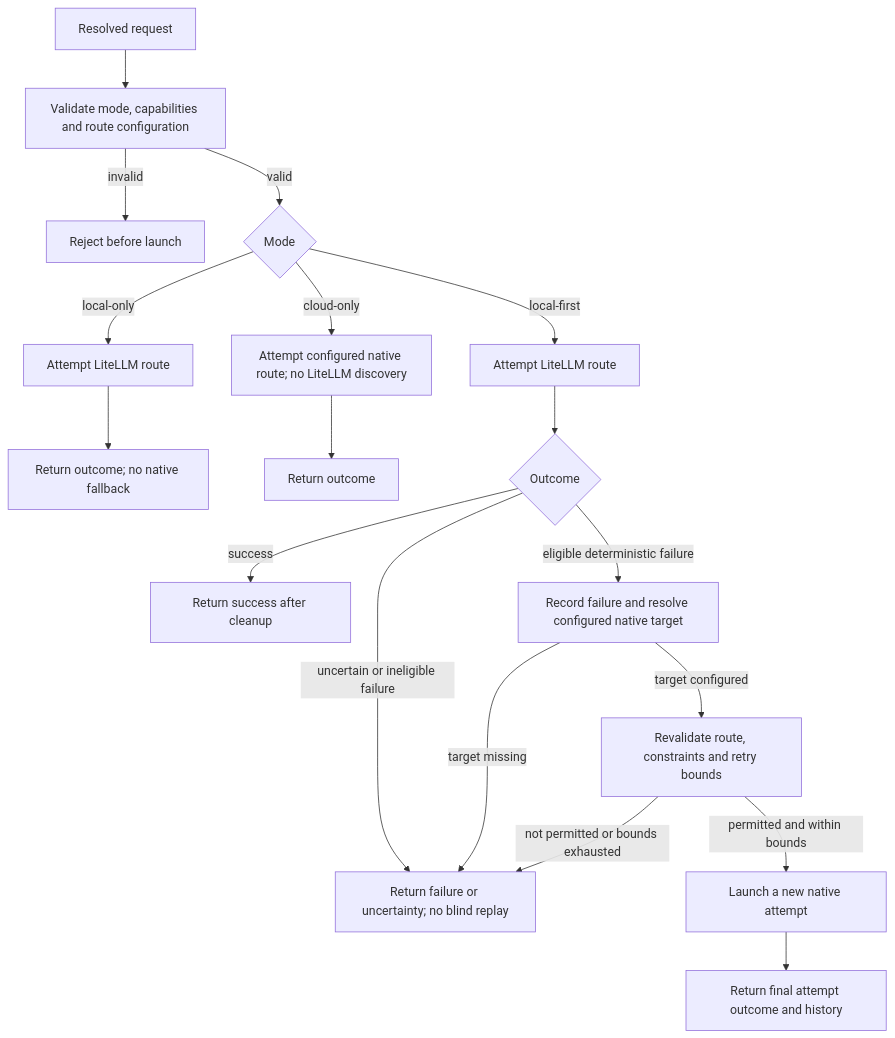
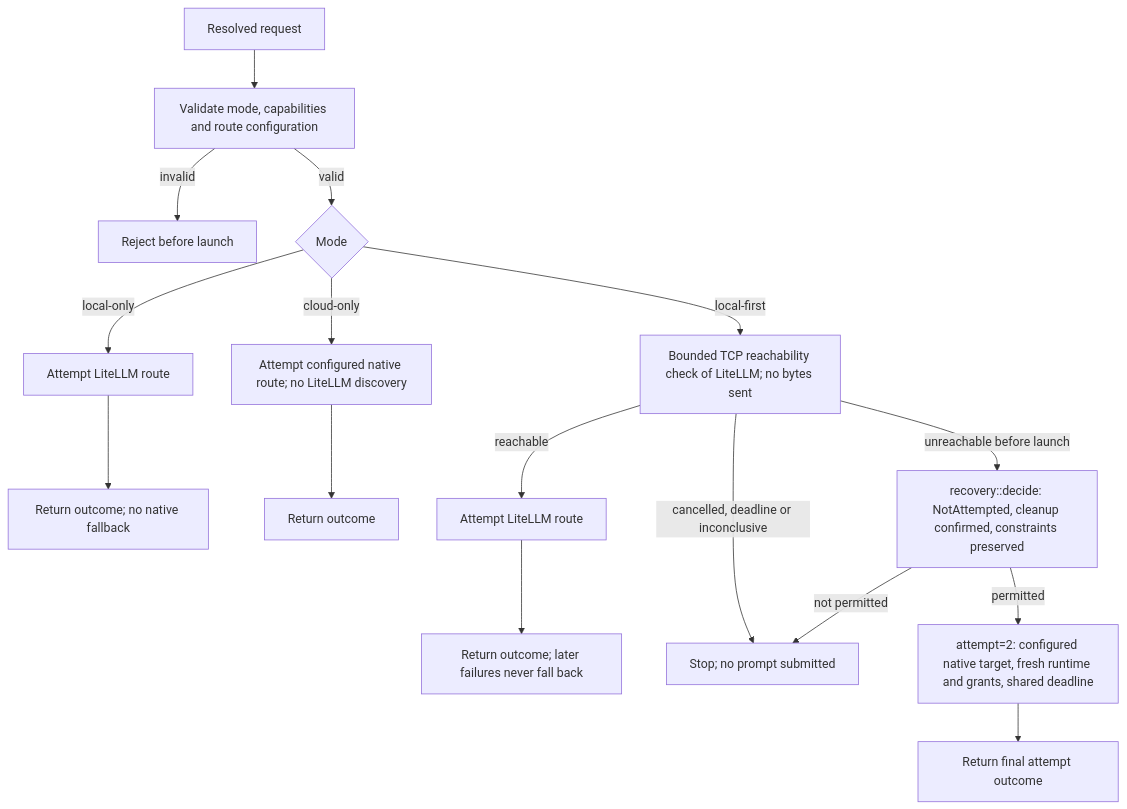
Before and after one commit to awesomejt/agent-harness: the fourth of 6 diagrams in docs/ARCHITECTURE.md, drawn with Mermaid. The commit also changed other lines of this file and 21 other files, not shown here.

First line of the commit message:
Add configured local-first fallback coordinator

````diff
--- a/docs/ARCHITECTURE.md
+++ b/docs/ARCHITECTURE.md
@@ -89,20 +89,18 @@
 ```mermaid
 flowchart TD
     Start[Resolved request] --> Validate[Validate mode, capabilities and route configuration]
     Validate -->|invalid| Reject[Reject before launch]
     Validate -->|valid| Mode{Mode}
     Mode -->|local-only| LocalOnly[Attempt LiteLLM route]
     LocalOnly --> LocalOutcome[Return outcome; no native fallback]
     Mode -->|cloud-only| NativeOnly[Attempt configured native route; no LiteLLM discovery]
     NativeOnly --> NativeOutcome[Return outcome]
-    Mode -->|local-first| LocalFirst[Attempt LiteLLM route]
-    LocalFirst --> Result{Outcome}
-    Result -->|success| Finish[Return success after cleanup]
-    Result -->|uncertain or ineligible failure| Stop[Return failure or uncertainty; no blind replay]
-    Result -->|eligible deterministic failure| Fallback[Record failure and resolve configured native target]
-    Fallback -->|target missing| Stop
-    Fallback -->|target configured| Revalidate[Revalidate route, constraints and retry bounds]
-    Revalidate -->|not permitted or bounds exhausted| Stop
-    Revalidate -->|permitted and within bounds| NativeAttempt[Launch a new native attempt]
-    NativeAttempt --> Final[Return final attempt outcome and history]
+    Mode -->|local-first| Probe[Bounded TCP reachability check of LiteLLM; no bytes sent]
+    Probe -->|reachable| LocalFirst[Attempt LiteLLM route]
+    LocalFirst --> Result[Return outcome; later failures never fall back]
+    Probe -->|cancelled, deadline or inconclusive| Stop[Stop; no prompt submitted]
+    Probe -->|unreachable before launch| Decide[recovery::decide: NotAttempted, cleanup confirmed, constraints preserved]
+    Decide -->|not permitted| Stop
+    Decide -->|permitted| NativeAttempt[attempt=2: configured native target, fresh runtime and grants, shared deadline]
+    NativeAttempt --> Final[Return final attempt outcome]
 ```
````
